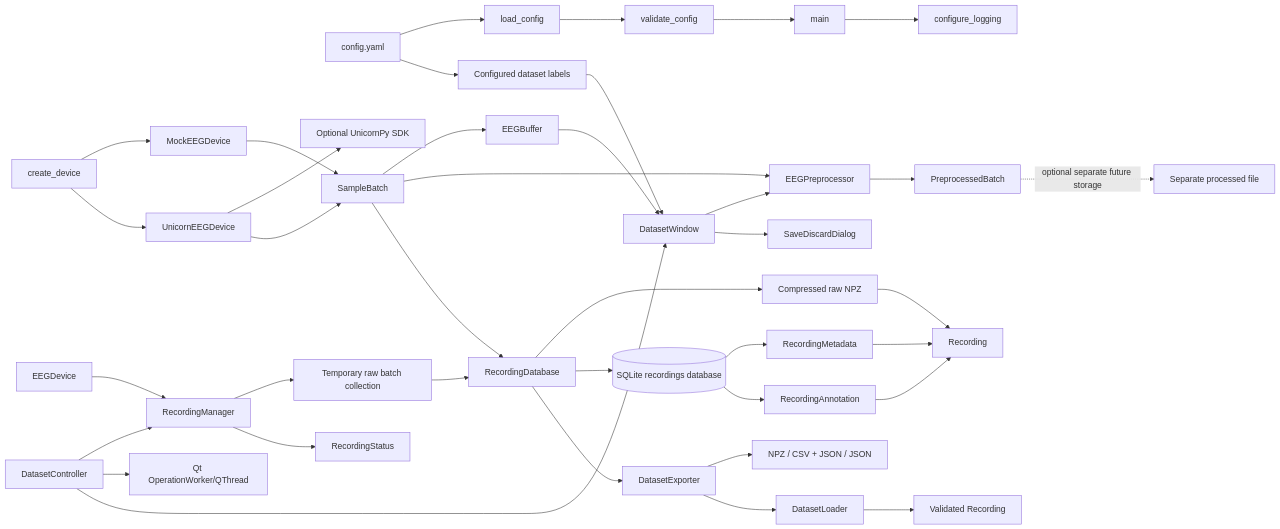
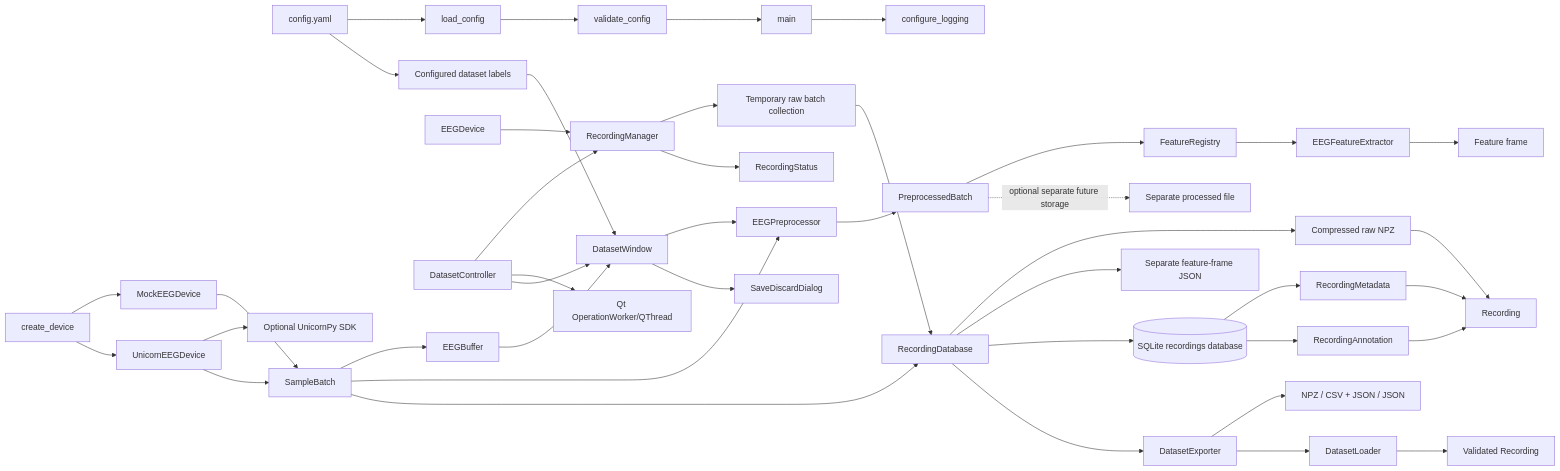
One commit to rohanchakra16/oxford-hack changed the diagram in docs/ARCHITECTURE.md. Above: the diagram before and after it, drawn with Mermaid. The commit also changed other lines of this file and 19 other files, not shown here.

````diff
--- a/docs/ARCHITECTURE.md
+++ b/docs/ARCHITECTURE.md
@@ -8,45 +8,49 @@
 ```mermaid
 flowchart LR
     Config[config.yaml] --> Load[load_config]
     Load --> Validate[validate_config]
     Validate --> Main[main]
     Main --> Logging[configure_logging]
 
     Factory[create_device] --> Mock[MockEEGDevice]
     Factory --> Unicorn[UnicornEEGDevice]
     Unicorn --> SDK[Optional UnicornPy SDK]
     Mock --> Batch[SampleBatch]
     Unicorn --> Batch
 
     Batch --> Buffer[EEGBuffer]
     Buffer --> Window[Recent SampleBatch window]
     Batch --> Pre[EEGPreprocessor]
     Window --> Pre
     Pre --> Processed[PreprocessedBatch]
+    Processed --> Registry[FeatureRegistry]
+    Registry --> Extractor[EEGFeatureExtractor]
+    Extractor --> FeatureFrame[Feature frame]
 
     Batch --> DB[RecordingDatabase]
     DB --> Raw[Compressed raw NPZ]
+    DB --> FeatureFile[Separate feature-frame JSON]
     DB --> SQLite[(SQLite recordings database)]
     SQLite --> Meta[RecordingMetadata]
     SQLite --> Annotation[RecordingAnnotation]
     Meta --> Recording[Recording]
     Raw --> Recording
     Annotation --> Recording
     DB --> Exporter[DatasetExporter]
     Exporter --> ExportFiles[NPZ / CSV + JSON / JSON]
     Exporter --> Loader[DatasetLoader]
     Loader --> Loaded[Validated Recording]
 
     Device[EEGDevice] --> Manager[RecordingManager]
     Manager --> Temp[Temporary raw batch collection]
     Temp --> DB
     Manager --> Status[RecordingStatus]
     Controller[DatasetController] --> Manager
     Controller --> Worker[Qt OperationWorker/QThread]
     Controller --> Window[DatasetWindow]
     Window --> Dialog[SaveDiscardDialog]
     Config --> Labels[Configured dataset labels]
     Labels --> Window
 
     Processed -. optional separate future storage .-> ProcessedFile[Separate processed file]
 ```
````
